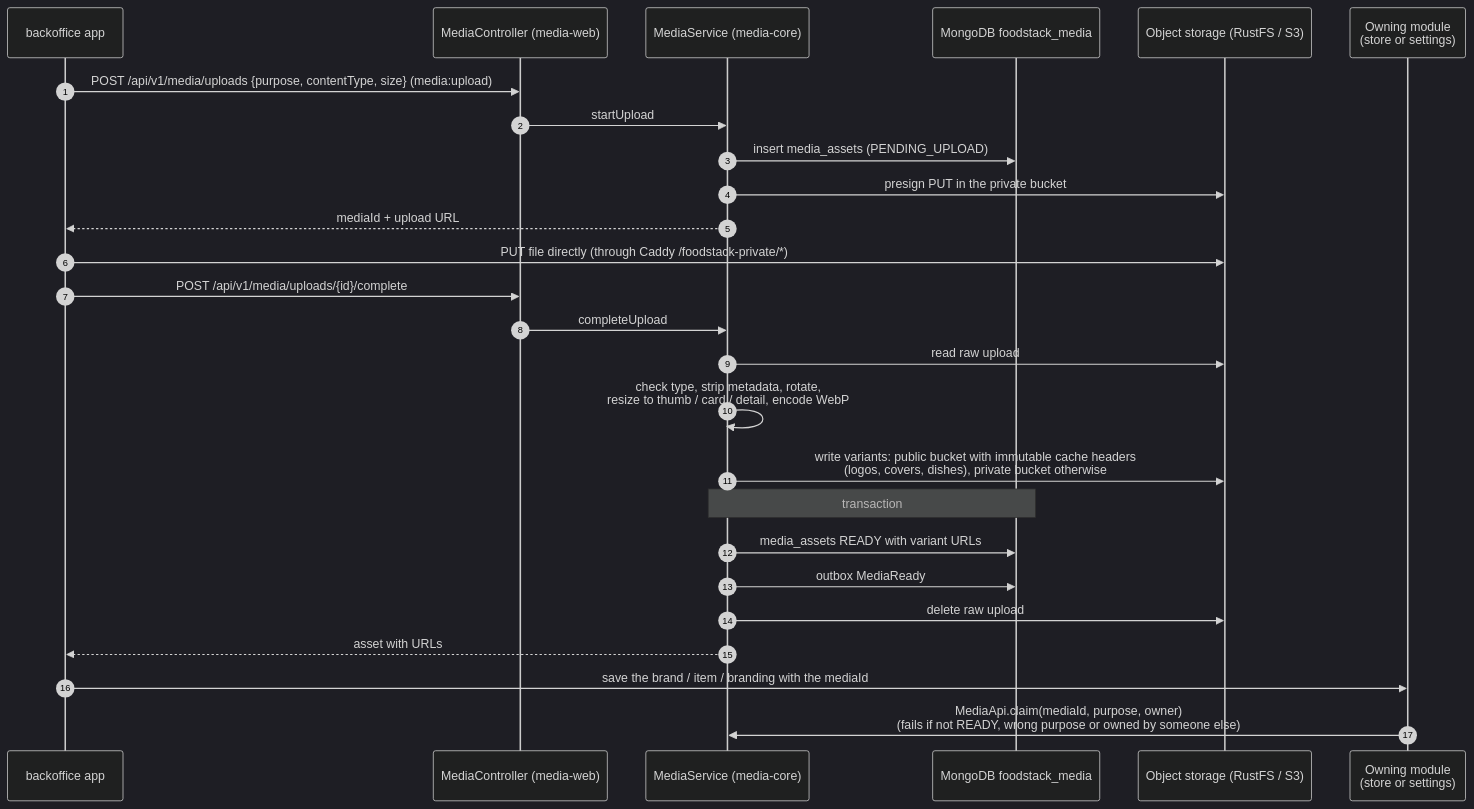
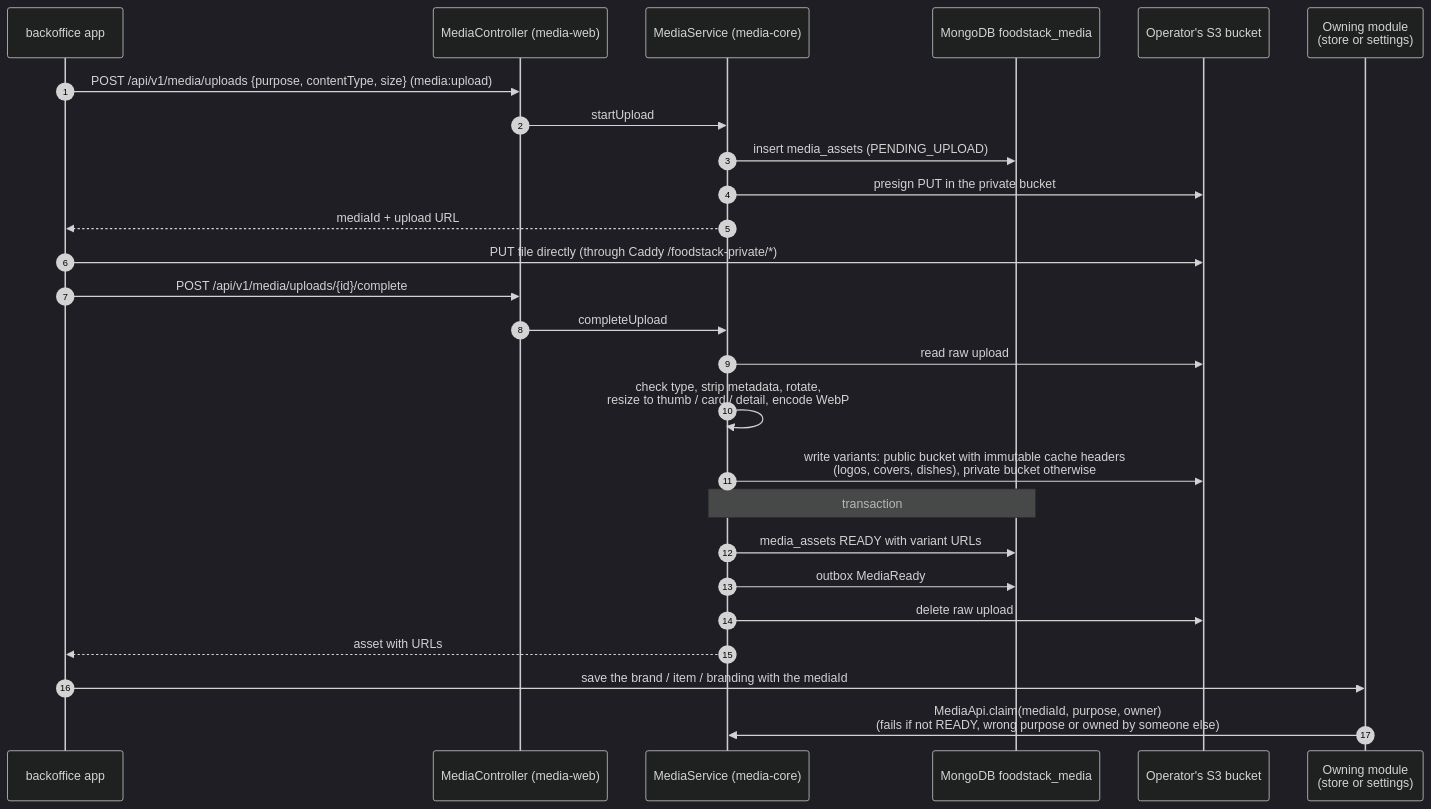
One commit to ilyaslabs/foodstack changed the sixth of 6 diagrams in docs/architecture/04-backoffice-flows.md. Above: the diagram before and after it, drawn with Mermaid (dark theme). The commit also changed 55 other files, not shown here.

````diff
--- a/docs/architecture/04-backoffice-flows.md
+++ b/docs/architecture/04-backoffice-flows.md
@@ -182,29 +182,29 @@
 ```mermaid
 sequenceDiagram
     autonumber
     participant Ap as backoffice app
     participant Mc as MediaController (media-web)
     participant Ms as MediaService (media-core)
     participant Mo as MongoDB foodstack_media
-    participant S3 as Object storage (RustFS / S3)
+    participant S3 as Operator's S3 bucket
     participant Ow as Owning module<br/>(store or settings)
 
     Ap->>Mc: POST /api/v1/media/uploads {purpose, contentType, size} (media:upload)
     Mc->>Ms: startUpload
     Ms->>Mo: insert media_assets (PENDING_UPLOAD)
     Ms->>S3: presign PUT in the private bucket
     Ms-->>Ap: mediaId + upload URL
     Ap->>S3: PUT file directly (through Caddy /foodstack-private/*)
     Ap->>Mc: POST /api/v1/media/uploads/{id}/complete
     Mc->>Ms: completeUpload
     Ms->>S3: read raw upload
     Ms->>Ms: check type, strip metadata, rotate,<br/>resize to thumb / card / detail, encode WebP
     Ms->>S3: write variants: public bucket with immutable cache headers<br/>(logos, covers, dishes), private bucket otherwise
     Note over Ms,Mo: transaction
     Ms->>Mo: media_assets READY with variant URLs
     Ms->>Mo: outbox MediaReady
     Ms->>S3: delete raw upload
     Ms-->>Ap: asset with URLs
     Ap->>Ow: save the brand / item / branding with the mediaId
     Ow->>Ms: MediaApi.claim(mediaId, purpose, owner)<br/>(fails if not READY, wrong purpose or owned by someone else)
 ```
````
